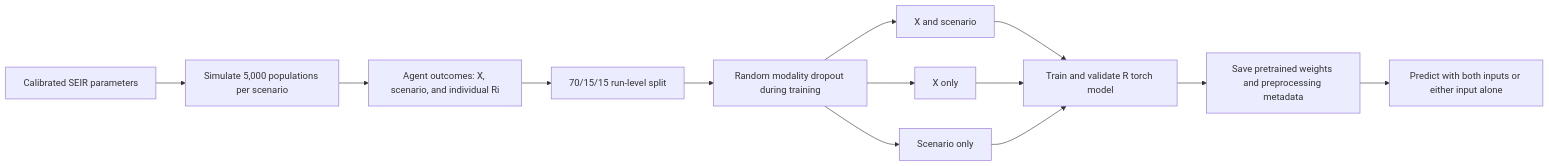
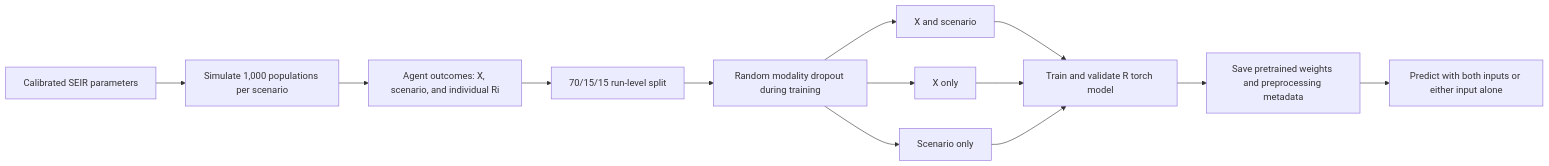
One commit to UofUEpiBio/wellcome-leap changed the diagram in README.md. Above: the diagram before and after it, drawn with Mermaid. The commit also changed other lines of this file and 15 other files, not shown here.

````diff
--- a/README.md
+++ b/README.md
@@ -24,15 +24,15 @@
 ``` mermaid
 flowchart LR
-  A["Calibrated SEIR parameters"] --> B["Simulate 5,000 populations per scenario"]
+  A["Calibrated SEIR parameters"] --> B["Simulate 1,000 populations per scenario"]
   B --> C["Agent outcomes: X, scenario, and individual Ri"]
   C --> D["70/15/15 run-level split"]
   D --> E["Random modality dropout during training"]
   E --> E1["X and scenario"]
   E --> E2["X only"]
   E --> E3["Scenario only"]
   E1 --> F["Train and validate R torch model"]
   E2 --> F
   E3 --> F
   F --> G["Save pretrained weights and preprocessing metadata"]
   G --> H["Predict with both inputs or either input alone"]
 ```
````
